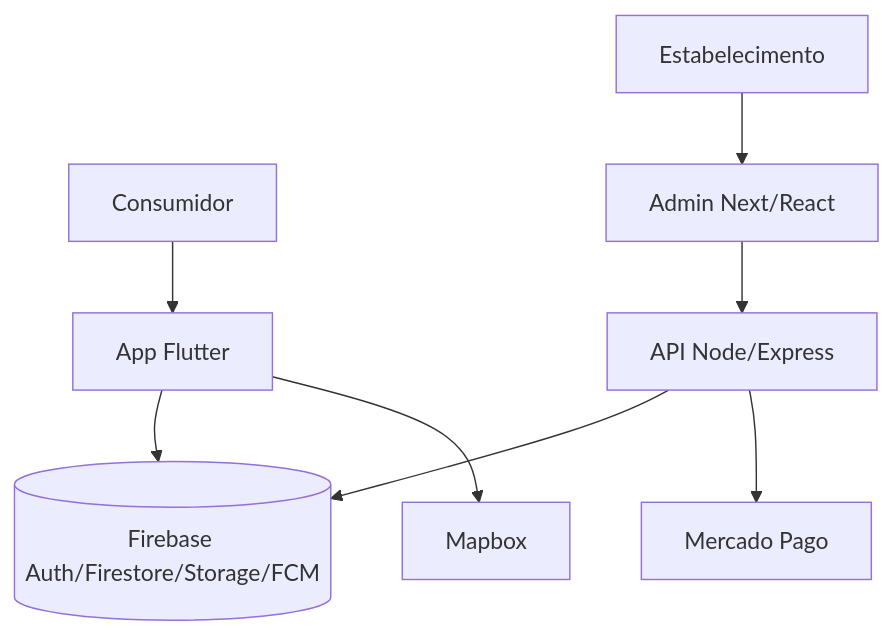
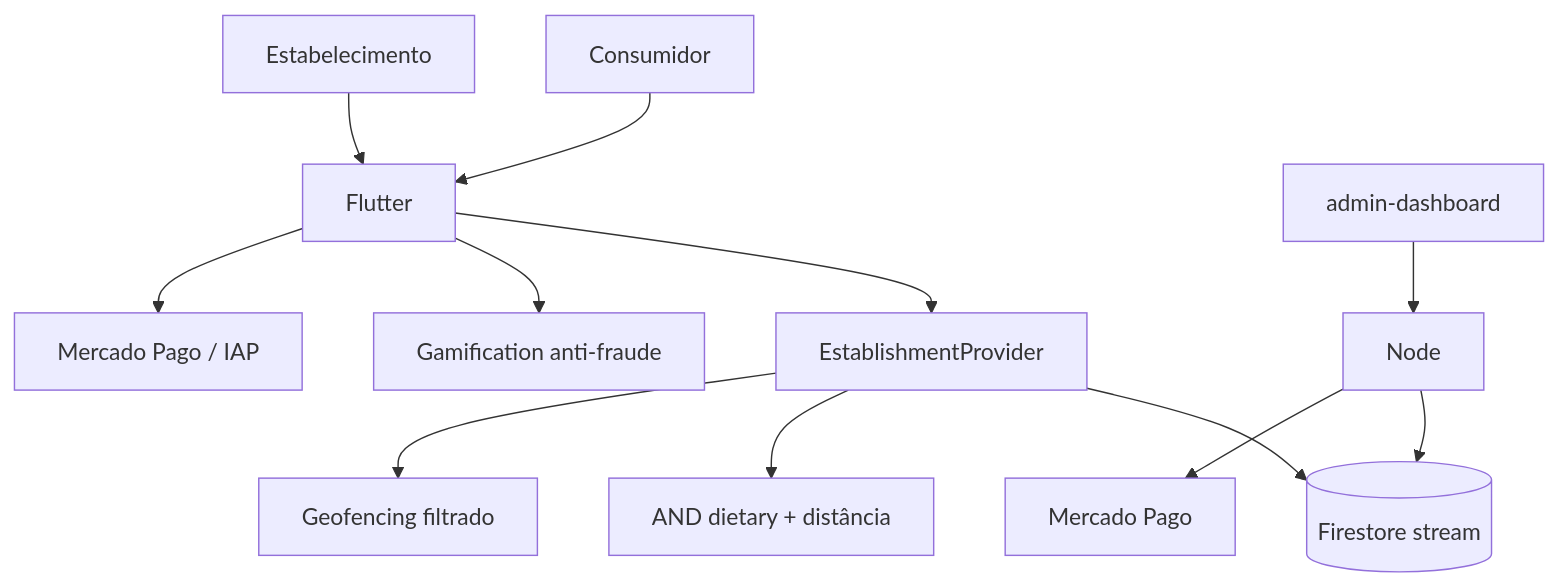
One commit to BR-Oleg/portfolio changed the diagram in architecture/safeplate.md. Above: the diagram before and after it, drawn with Mermaid. The commit also changed other lines of this file and 17 other files, not shown here.

````diff
--- a/architecture/safeplate.md
+++ b/architecture/safeplate.md
@@ -3,10 +3,14 @@
 ```mermaid
 flowchart TB
-  User[Consumidor] --> Mobile[App Flutter]
-  Biz[Estabelecimento] --> Admin[Admin Next/React]
-  Mobile --> FB[(Firebase Auth/Firestore/Storage/FCM)]
-  Admin --> API[API Node/Express]
-  API --> FB
+  User[Consumidor] --> App[Flutter]
+  Biz[Estabelecimento] --> App
+  App --> Prov[EstablishmentProvider]
+  Prov --> FS[(Firestore stream)]
+  Prov --> Filtros[AND dietary + distância]
+  Prov --> Geo[Geofencing filtrado]
+  App --> Game[Gamification anti-fraude]
+  App --> Pay[Mercado Pago / IAP]
+  Admin[admin-dashboard] --> API[Node]
+  API --> FS
   API --> MP[Mercado Pago]
-  Mobile --> Map[Mapbox]
 ```
````
